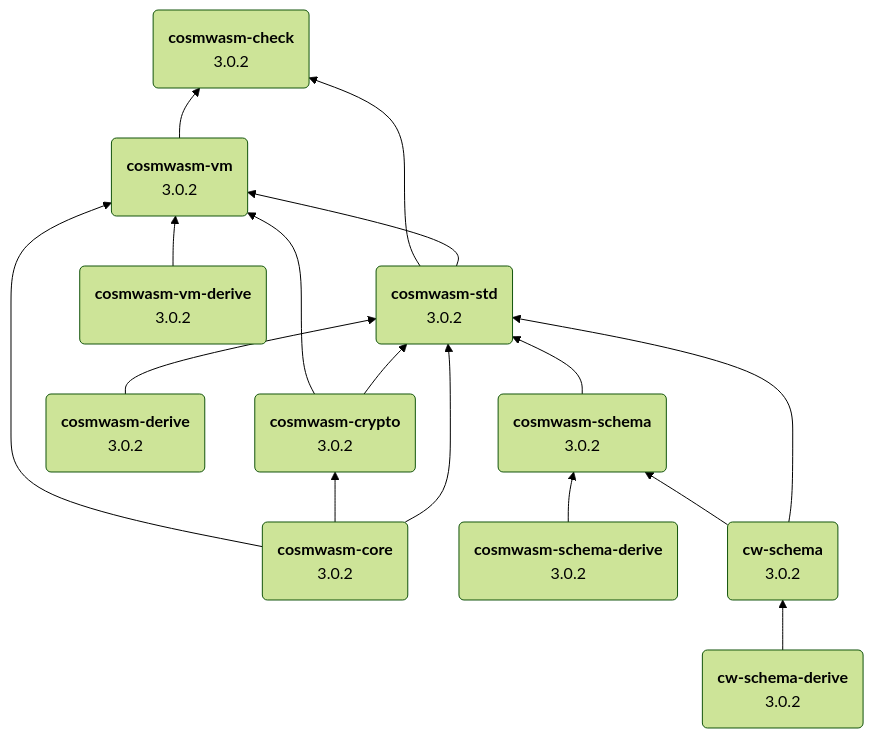
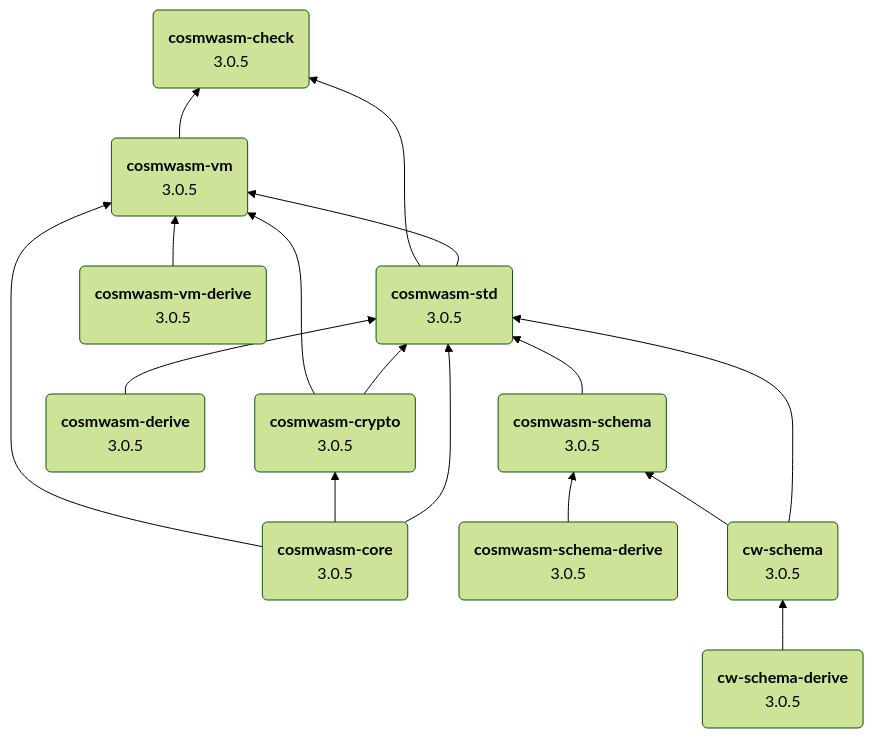
Before and after one commit to CosmWasm/cosmwasm: the diagram in README.md, drawn with Mermaid.

Commit message:
Bumped version in README.

````diff
--- a/README.md
+++ b/README.md
@@ -115,56 +115,56 @@
 ```mermaid
 ---
 config:
   theme: 'forest'
 ---
 
 graph BT
     A("`**cosmwasm-core**
-        3.0.2`")
+        3.0.5`")
  
     B("`**cosmwasm-std**
-        3.0.2`")
+        3.0.5`")
  
     C("`**cosmwasm-crypto**
-        3.0.2`")
+        3.0.5`")
         
     D("`**cosmwasm-vm**
-        3.0.2`")
+        3.0.5`")
         
     E("`**cosmwasm-vm-derive**
-        3.0.2`")
+        3.0.5`")
         
     F("`**cosmwasm-derive**
-        3.0.2`")    
+        3.0.5`")
         
     G("`**cosmwasm-schema**
-        3.0.2`")
+        3.0.5`")
 
     H("`**cosmwasm-schema-derive**
-        3.0.2`")
+        3.0.5`")
         
     I("`**cosmwasm-check**
-        3.0.2`")
+        3.0.5`")
         
     J("`**cw-schema**
-        3.0.2`")
+        3.0.5`")
 
     K("`**cw-schema-derive**
-        3.0.2`")
+        3.0.5`")
         
     A --> B
     A --> C
     A --> D
     C --> B
     C --> D
     B --> D
     E --> D
     F --> B
     H --> G
     B --> I
     D --> I
     G --> B
     J --> B
     J --> G
     K --> J
 ```
````
